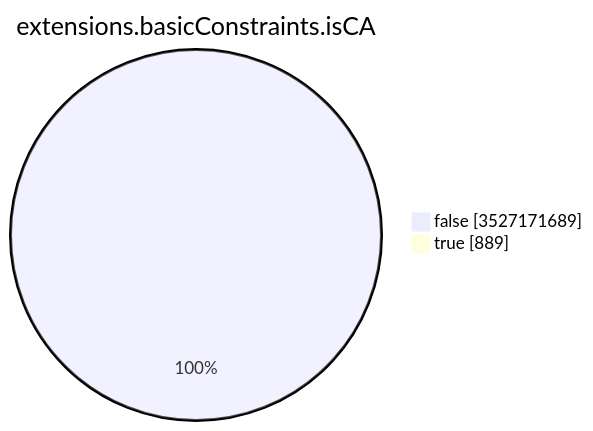
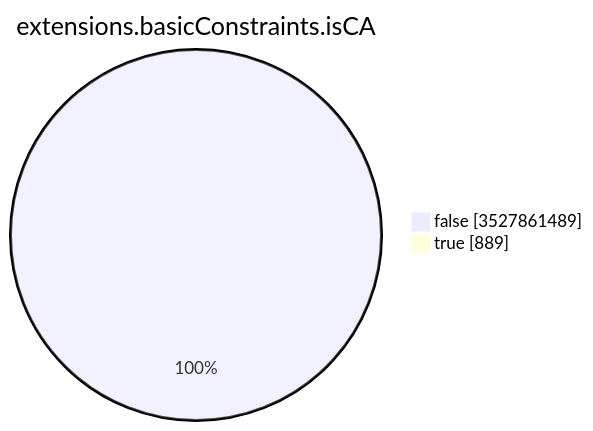
The seventh of 15 diagrams in TOTAL/README.md (christiankrug/ctmonitor_visualization), drawn with Mermaid before and after one commit. The commit also changed other lines of this file, not shown here.

````diff
--- a/TOTAL/README.md
+++ b/TOTAL/README.md
@@ -3094,6 +3094,6 @@
 ```mermaid
 pie showData
 title extensions.basicConstraints.isCA
-"false" :3527171689
+"false" :3527861489
 "true" :889
 ```
````
